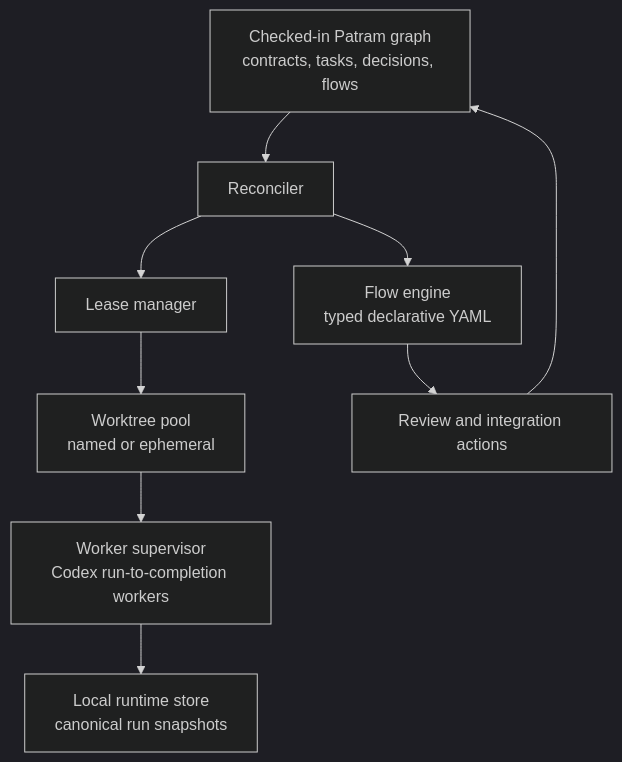
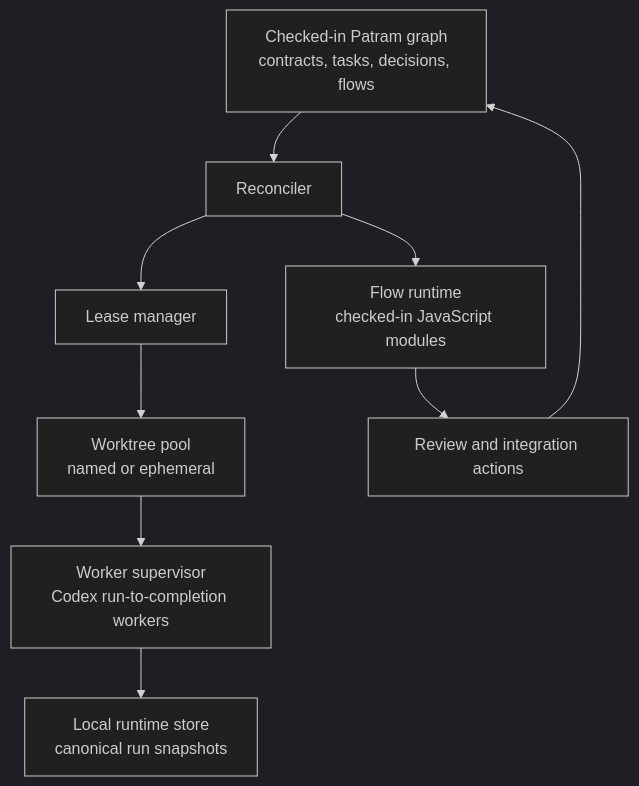
One commit to mantoni/pravaha changed the first of 2 diagrams in docs/reference/runtime/pravaha-runtime-architecture.md. Above: the diagram before and after it, drawn with Mermaid (dark theme). The commit also changed other lines of this file and 17 other files, not shown here.

Commit message:
Migrate JavaScript flow runtime fixtures

````diff
--- a/docs/reference/runtime/pravaha-runtime-architecture.md
+++ b/docs/reference/runtime/pravaha-runtime-architecture.md
@@ -21,11 +21,11 @@
 ```mermaid
 graph TD
   A["Checked-in Patram graph<br/>contracts, tasks, decisions, flows"] --> B["Reconciler"]
-  B --> C["Flow engine<br/>typed declarative YAML"]
+  B --> C["Flow runtime<br/>checked-in JavaScript modules"]
   B --> D["Lease manager"]
   D --> E["Worktree pool<br/>named or ephemeral"]
   E --> F["Worker supervisor<br/>Codex run-to-completion workers"]
   F --> G["Local runtime store<br/>canonical run snapshots"]
   C --> H["Review and integration actions"]
   H --> A
 ```
````
